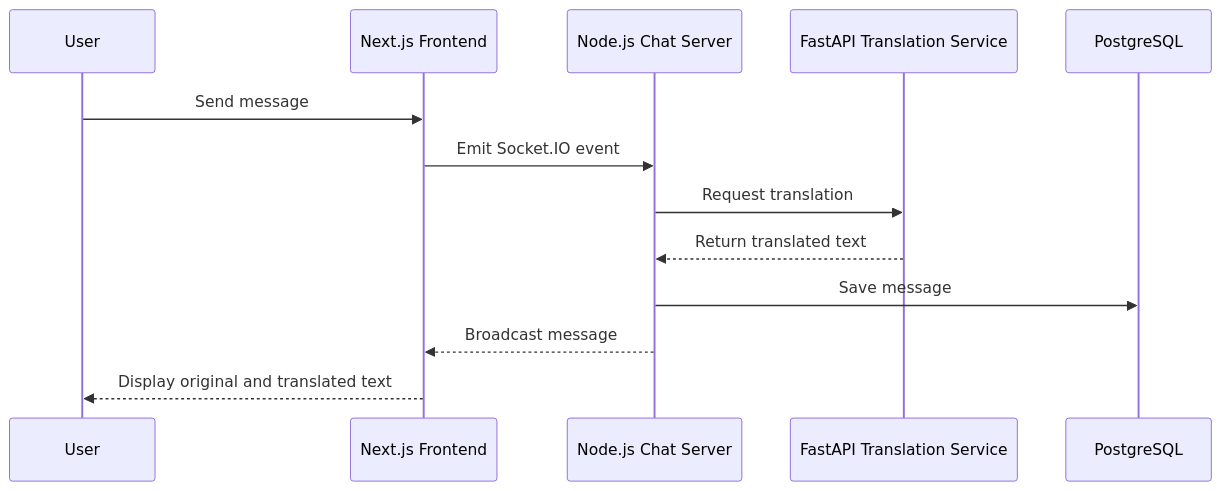
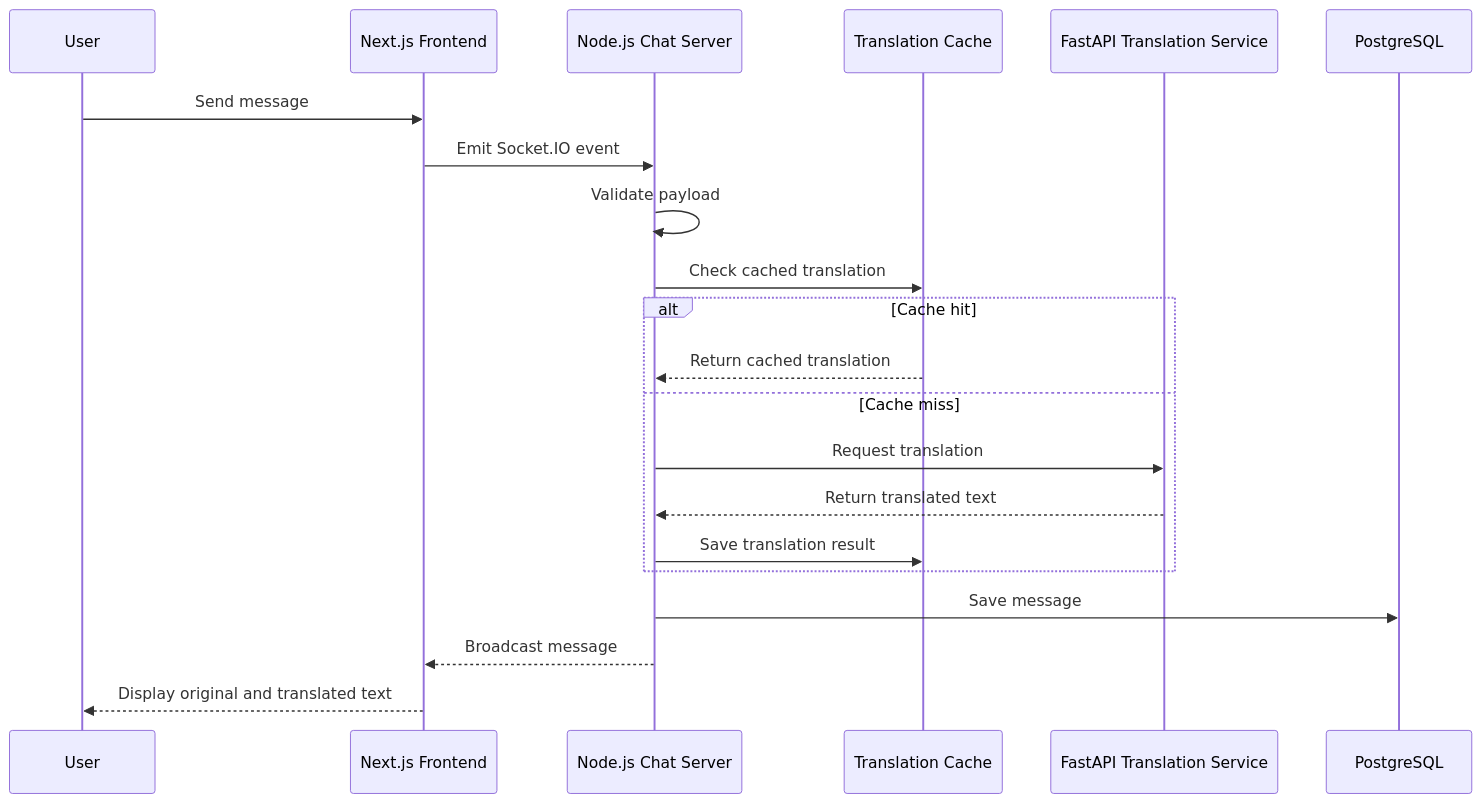
Before and after one commit to akitouemura-lab/trans-chat: the second of 2 diagrams in README.md, drawn with Mermaid. The commit also changed other lines of this file, not shown here.

````diff
--- a/README.md
+++ b/README.md
@@ -152,16 +168,24 @@
 ```mermaid
 sequenceDiagram
     participant User as User
     participant Frontend as Next.js Frontend
     participant Server as Node.js Chat Server
+    participant Cache as Translation Cache
     participant Translate as FastAPI Translation Service
     participant DB as PostgreSQL
 
     User->>Frontend: Send message
     Frontend->>Server: Emit Socket.IO event
-    Server->>Translate: Request translation
-    Translate-->>Server: Return translated text
+    Server->>Server: Validate payload
+    Server->>Cache: Check cached translation
+    alt Cache hit
+        Cache-->>Server: Return cached translation
+    else Cache miss
+        Server->>Translate: Request translation
+        Translate-->>Server: Return translated text
+        Server->>Cache: Save translation result
+    end
     Server->>DB: Save message
     Server-->>Frontend: Broadcast message
     Frontend-->>User: Display original and translated text
 ```
````
